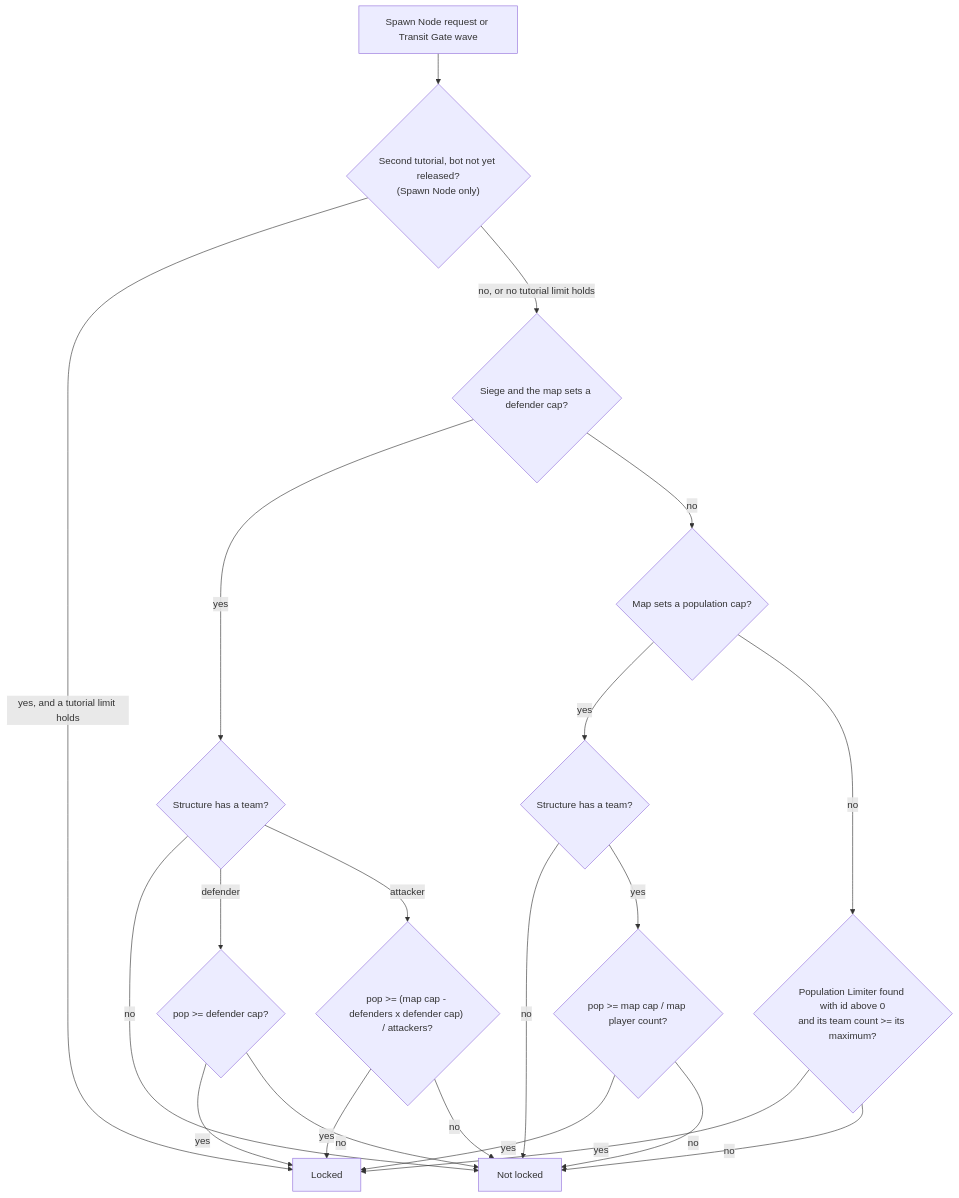
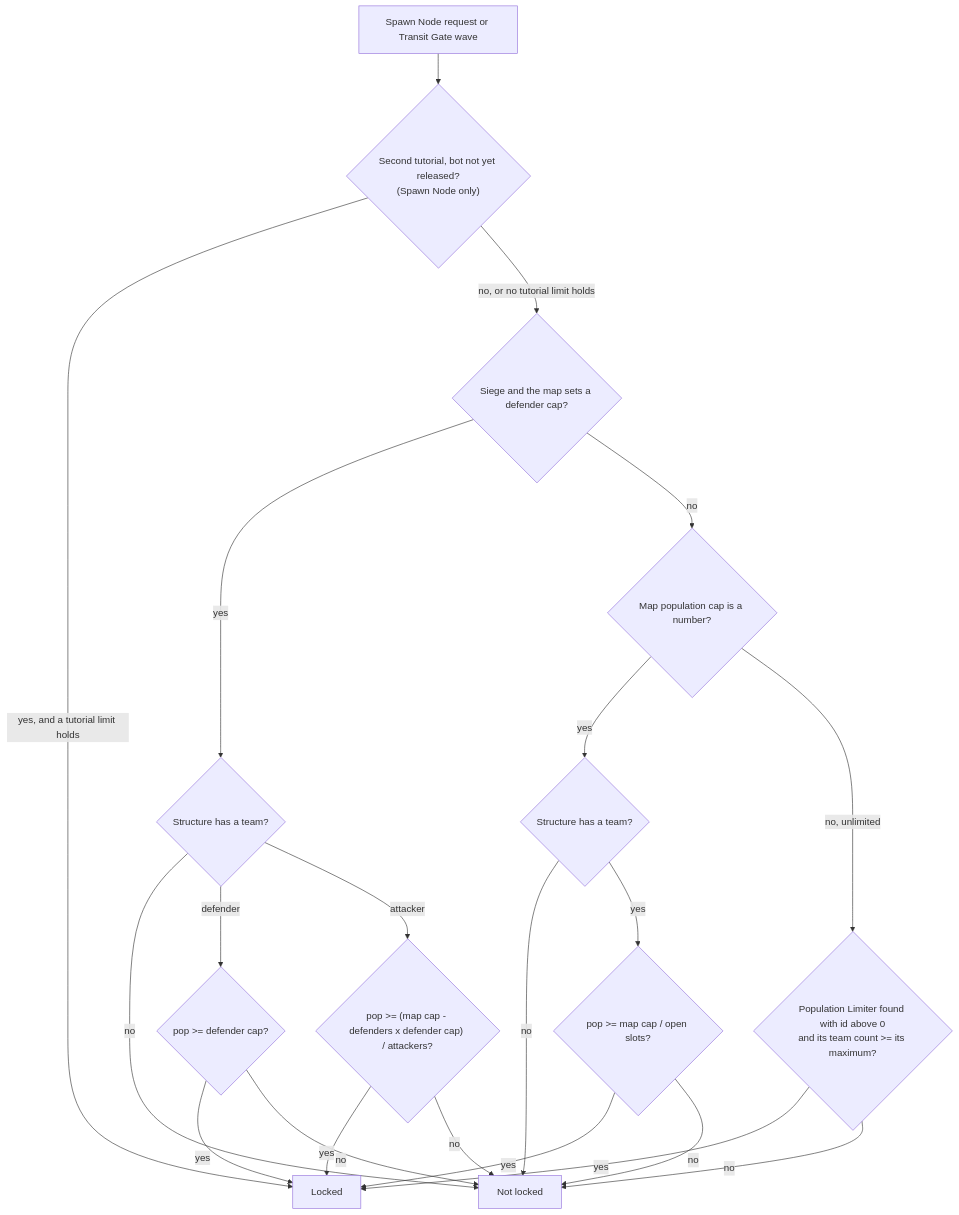
The fourth of 4 diagrams in design_next/reference/05_population_flow.md (Zwaliebaba/Species.AI), drawn with Mermaid before and after one commit. The commit also changed other lines of this file and 99 other files, not shown here.

````diff
--- a/design_next/reference/05_population_flow.md
+++ b/design_next/reference/05_population_flow.md
@@ -623,23 +613,23 @@
 ```mermaid
 flowchart TD
     A["Spawn Node request or Transit Gate wave"] --> T2{"Second tutorial, bot not yet released?<br/>(Spawn Node only)"}
     T2 -->|"yes, and a tutorial limit holds"| L["Locked"]
     T2 -->|"no, or no tutorial limit holds"| S{"Siege and the map sets a defender cap?"}
     S -->|"yes"| SN{"Structure has a team?"}
     SN -->|"no"| U["Not locked"]
     SN -->|"defender"| SD{"pop >= defender cap?"}
     SN -->|"attacker"| SA{"pop >= (map cap - defenders x defender cap) / attackers?"}
     SD -->|"yes"| L
     SD -->|"no"| U
     SA -->|"yes"| L
     SA -->|"no"| U
-    S -->|"no"| MC{"Map sets a population cap?"}
+    S -->|"no"| MC{"Map population cap is a number?"}
     MC -->|"yes"| MN{"Structure has a team?"}
     MN -->|"no"| U
-    MN -->|"yes"| MP{"pop >= map cap / map player count?"}
+    MN -->|"yes"| MP{"pop >= map cap / open slots?"}
     MP -->|"yes"| L
     MP -->|"no"| U
-    MC -->|"no"| PL{"Population Limiter found with id above 0<br/>and its team count >= its maximum?"}
+    MC -->|"no, unlimited"| PL{"Population Limiter found with id above 0<br/>and its team count >= its maximum?"}
     PL -->|"yes"| L
     PL -->|"no"| U
 ```
````
